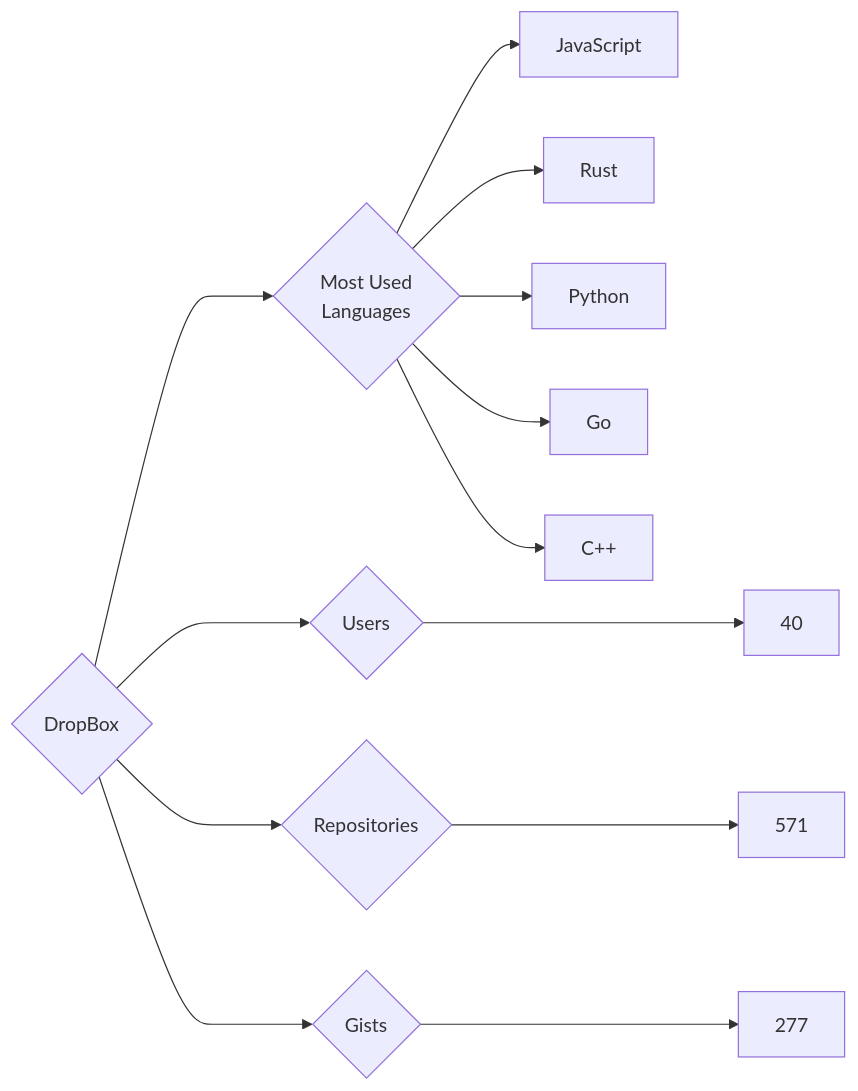
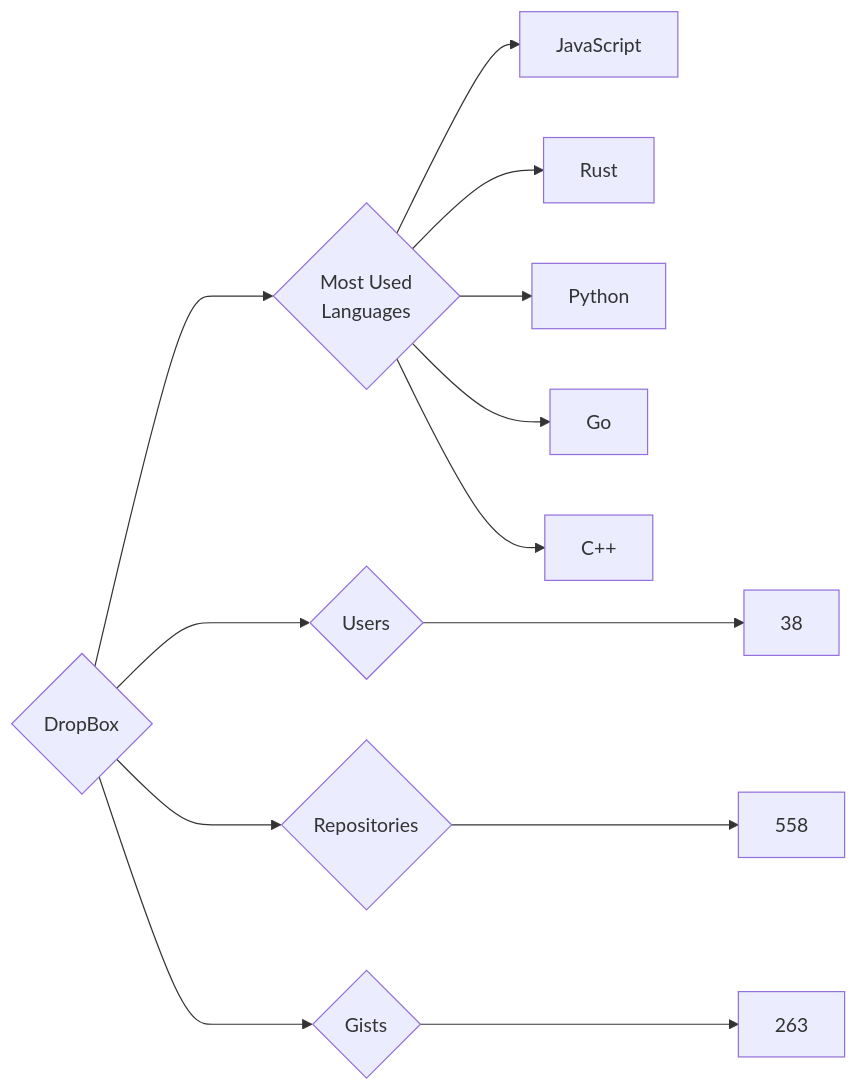
The diagram in targets/DropBox/README.md (trickest/insiders), drawn with Mermaid before and after one commit. The commit also changed 814 other files, not shown here.

````diff
--- a/targets/DropBox/README.md
+++ b/targets/DropBox/README.md
@@ -3,13 +3,13 @@
 ```mermaid
 graph LR
 COMPANY_NAME{DropBox}
-COMPANY_NAME ---> U{Users} ---> UN[40]
-COMPANY_NAME ---> R{Repositories} ---> RN[571]
-COMPANY_NAME ---> G{Gists} ---> GN[277]
+COMPANY_NAME ---> U{Users} ---> UN[38]
+COMPANY_NAME ---> R{Repositories} ---> RN[558]
+COMPANY_NAME ---> G{Gists} ---> GN[263]
 COMPANY_NAME ---> ML{Most Used<br>Languages}
 ML --> JavaScript[JavaScript]
 ML --> Rust[Rust]
 ML --> Python[Python]
 ML --> Go[Go]
 ML --> C++[C++]
 ```
````
